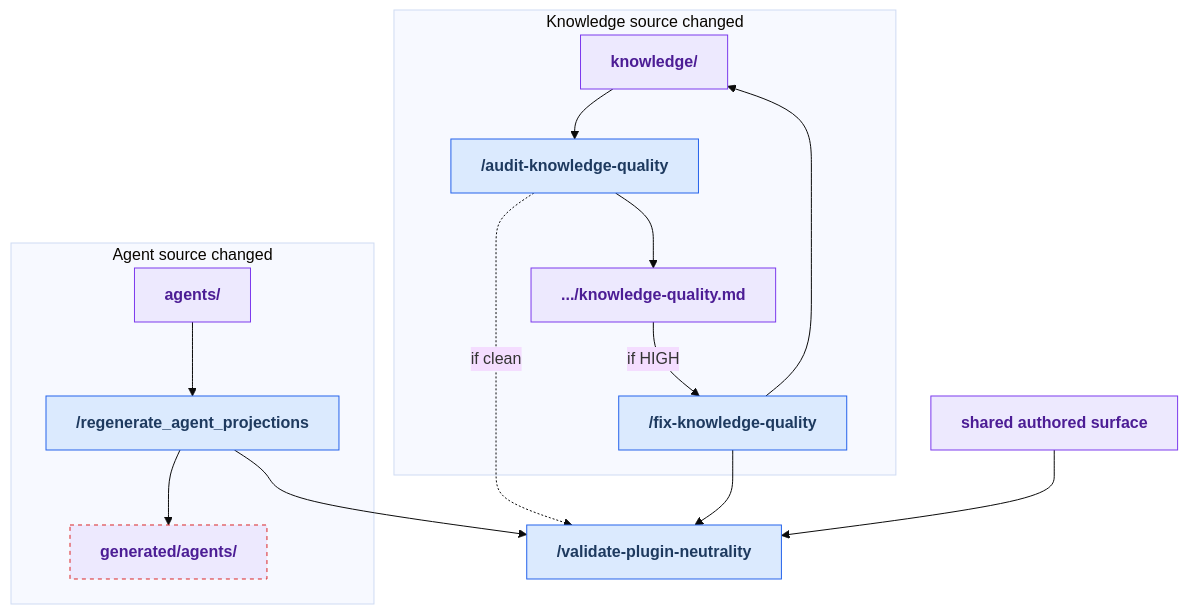
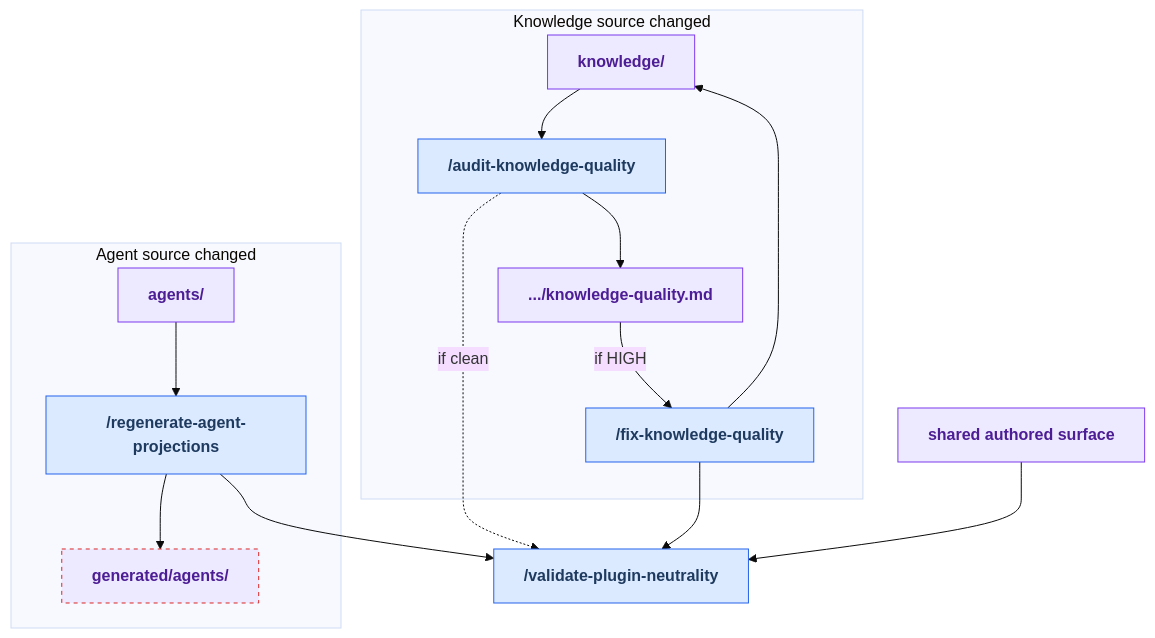
Before and after one commit to russell-laing/al-dev-shared: the diagram in docs/maintainer-tooling/derive.md, drawn with Mermaid (base theme). The commit also changed other lines of this file and 1 other file, not shown here.

Commit message:
📝 docs(tool): align maintainer tooling docs with renamed projection skill

````diff
--- a/docs/maintainer-tooling/derive.md
+++ b/docs/maintainer-tooling/derive.md
@@ -62,41 +62,41 @@
 ```mermaid
 flowchart TD
     classDef userSkill fill:#dbeafe,stroke:#2563eb,color:#1e3a5f,font-weight:bold
     classDef artifact fill:#ede9fe,stroke:#7c3aed,color:#4c1d95,font-weight:bold
     classDef orphanArtifact fill:#ede9fe,stroke:#dc2626,color:#4c1d95,stroke-dasharray:4 4,font-weight:bold
 
     subgraph agent_lane["Agent source changed"]
         art_agent_source["agents/"]
-        skill_regenerate_agent_projections["/regenerate_agent_projections"]
+        skill_regenerate_agent_projections["/regenerate-agent-projections"]
         art_generated_agents["generated/agents/"]
     end
     subgraph knowledge_lane["Knowledge source changed"]
         art_knowledge_source["knowledge/"]
         skill_audit_knowledge_quality["/audit-knowledge-quality"]
         art_knowledge_quality_report[".../knowledge-quality.md"]
         skill_fix_knowledge_quality["/fix-knowledge-quality"]
     end
     art_shared_surface["shared authored surface"]
     skill_align_harness_repos["/validate-plugin-neutrality"]
 
     art_agent_source --> skill_regenerate_agent_projections
     skill_regenerate_agent_projections --> art_generated_agents
     skill_regenerate_agent_projections --> skill_align_harness_repos
     art_knowledge_source --> skill_audit_knowledge_quality
     skill_audit_knowledge_quality --> art_knowledge_quality_report
     art_knowledge_quality_report -- "if HIGH" --> skill_fix_knowledge_quality
     skill_audit_knowledge_quality -. "if clean" .-> skill_align_harness_repos
     skill_fix_knowledge_quality --> art_knowledge_source
     skill_fix_knowledge_quality --> skill_align_harness_repos
     art_shared_surface --> skill_align_harness_repos
 
     class skill_regenerate_agent_projections userSkill
     class skill_audit_knowledge_quality userSkill
     class skill_fix_knowledge_quality userSkill
     class skill_align_harness_repos userSkill
     class art_agent_source artifact
     class art_generated_agents orphanArtifact
     class art_knowledge_source artifact
     class art_knowledge_quality_report artifact
     class art_shared_surface artifact
 ```
````
